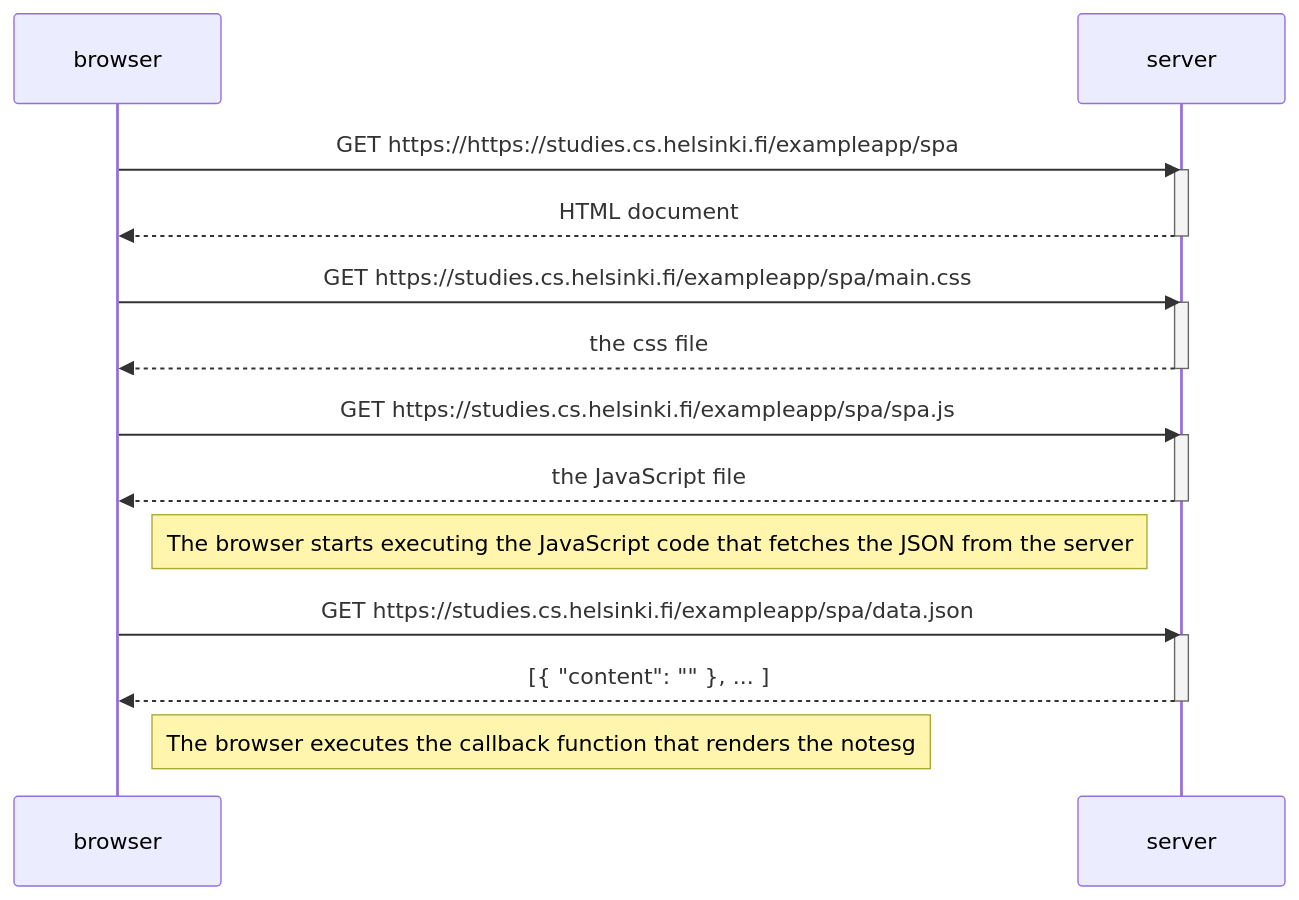
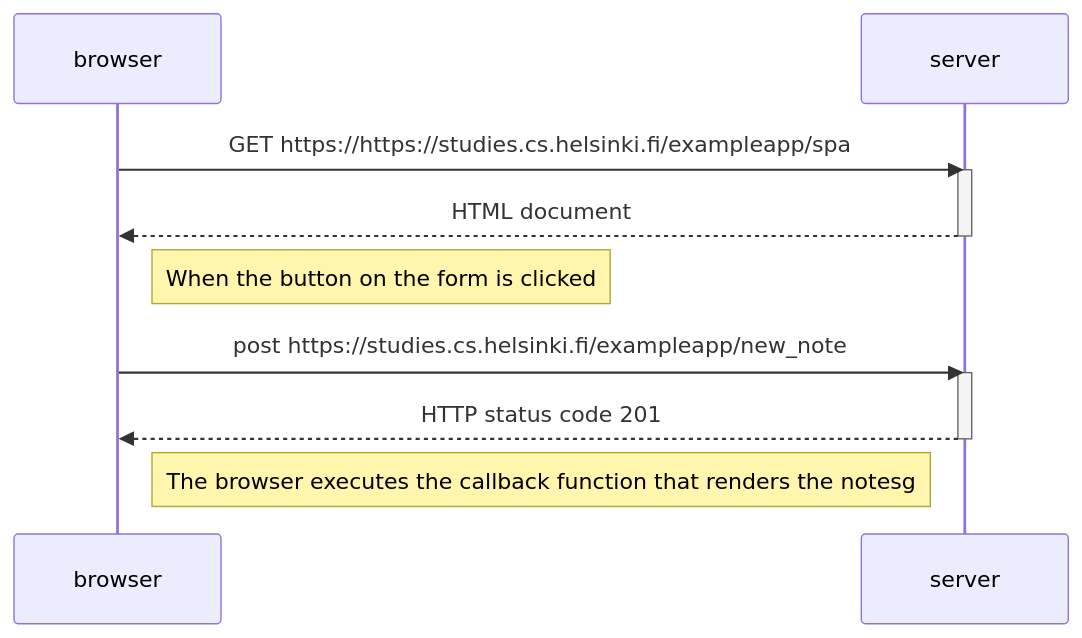
The diagram in 0.6:NewNoteInSinglePageAppDiagram.md (VienThanh12/FullStackUnivesityOfHelsinki), drawn with Mermaid before and after one commit.

````diff
--- a/0.6:NewNoteInSinglePageAppDiagram.md
+++ b/0.6:NewNoteInSinglePageAppDiagram.md
@@ -1,30 +1,19 @@
 ```mermaid
 sequenceDiagram
     participant browser
     participant server
 
     browser->>server: GET https://https://studies.cs.helsinki.fi/exampleapp/spa
     activate server
     server-->>browser: HTML document
     deactivate server
-
-    browser->>server: GET https://studies.cs.helsinki.fi/exampleapp/spa/main.css
+    
+    Note right of browser: When the button on the form is clicked
+    browser->>server: post https://studies.cs.helsinki.fi/exampleapp/new_note
     activate server
-    server-->>browser: the css file
-    deactivate server
-
-    browser->>server: GET https://studies.cs.helsinki.fi/exampleapp/spa/spa.js
-    activate server
-    server-->>browser: the JavaScript file
-    deactivate server
-
-    Note right of browser: The browser starts executing the JavaScript code that fetches the JSON from the server
-
-    browser->>server: GET https://studies.cs.helsinki.fi/exampleapp/spa/data.json
-    activate server
-    server-->>browser: [{ "content": "" }, ... ]
+    server-->>browser: HTTP status code 201
     deactivate server
 
     Note right of browser: The browser executes the callback function that renders the notesg
     activate server
 ```
````
